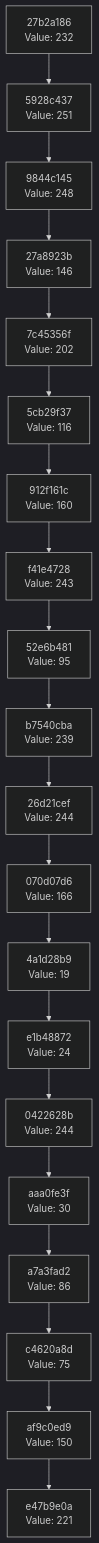
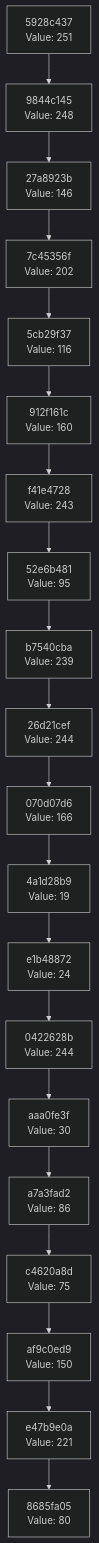
One commit to Abhisheksinha1506/hash-chain-evolver changed the diagram in docs/CHAIN_VISUALIZATION.md. Above: the diagram before and after it, drawn with Mermaid (dark theme). The commit also changed 3 other files, not shown here.

````diff
--- a/docs/CHAIN_VISUALIZATION.md
+++ b/docs/CHAIN_VISUALIZATION.md
@@ -3,42 +3,42 @@
 ```mermaid
 graph TD
-    C0["e47b9e0a<br/>Value: 221"]
-    C1["af9c0ed9<br/>Value: 150"]
+    C0["8685fa05<br/>Value: 80"]
+    C1["e47b9e0a<br/>Value: 221"]
     C1 --> C0
-    C2["c4620a8d<br/>Value: 75"]
+    C2["af9c0ed9<br/>Value: 150"]
     C2 --> C1
-    C3["a7a3fad2<br/>Value: 86"]
+    C3["c4620a8d<br/>Value: 75"]
     C3 --> C2
-    C4["aaa0fe3f<br/>Value: 30"]
+    C4["a7a3fad2<br/>Value: 86"]
     C4 --> C3
-    C5["0422628b<br/>Value: 244"]
+    C5["aaa0fe3f<br/>Value: 30"]
     C5 --> C4
-    C6["e1b48872<br/>Value: 24"]
+    C6["0422628b<br/>Value: 244"]
     C6 --> C5
-    C7["4a1d28b9<br/>Value: 19"]
+    C7["e1b48872<br/>Value: 24"]
     C7 --> C6
-    C8["070d07d6<br/>Value: 166"]
+    C8["4a1d28b9<br/>Value: 19"]
     C8 --> C7
-    C9["26d21cef<br/>Value: 244"]
+    C9["070d07d6<br/>Value: 166"]
     C9 --> C8
-    C10["b7540cba<br/>Value: 239"]
+    C10["26d21cef<br/>Value: 244"]
     C10 --> C9
-    C11["52e6b481<br/>Value: 95"]
+    C11["b7540cba<br/>Value: 239"]
     C11 --> C10
-    C12["f41e4728<br/>Value: 243"]
+    C12["52e6b481<br/>Value: 95"]
     C12 --> C11
-    C13["912f161c<br/>Value: 160"]
+    C13["f41e4728<br/>Value: 243"]
     C13 --> C12
-    C14["5cb29f37<br/>Value: 116"]
+    C14["912f161c<br/>Value: 160"]
     C14 --> C13
-    C15["7c45356f<br/>Value: 202"]
+    C15["5cb29f37<br/>Value: 116"]
     C15 --> C14
-    C16["27a8923b<br/>Value: 146"]
+    C16["7c45356f<br/>Value: 202"]
     C16 --> C15
-    C17["9844c145<br/>Value: 248"]
+    C17["27a8923b<br/>Value: 146"]
     C17 --> C16
-    C18["5928c437<br/>Value: 251"]
+    C18["9844c145<br/>Value: 248"]
     C18 --> C17
-    C19["27b2a186<br/>Value: 232"]
+    C19["5928c437<br/>Value: 251"]
     C19 --> C18
 ```
````
